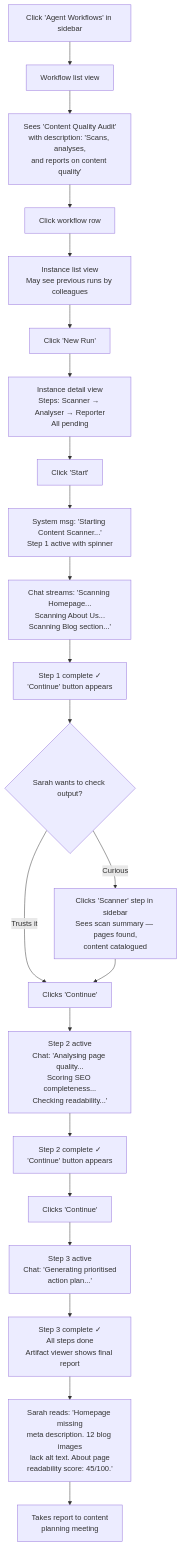
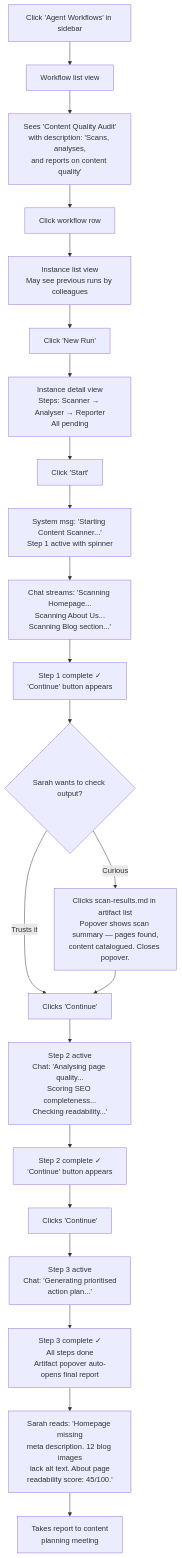
One commit to ashallcross/AgentRun changed the second of 4 diagrams in _bmad-output/planning-artifacts/ux-design-specification.md. Above: the diagram before and after it, drawn with Mermaid. The commit also changed other lines of this file and 32 other files, not shown here.

First line of the commit message:
Story 8.2: Artifact list and popover viewer with review fixes

````diff
--- a/_bmad-output/planning-artifacts/ux-design-specification.md
+++ b/_bmad-output/planning-artifacts/ux-design-specification.md
@@ -585,24 +609,24 @@
 ```mermaid
 flowchart TD
     A[Click 'Agent Workflows' in sidebar] --> B[Workflow list view]
     B --> C[Sees 'Content Quality Audit'<br/>with description: 'Scans, analyses,<br/>and reports on content quality']
     C --> D[Click workflow row]
     D --> E[Instance list view<br/>May see previous runs by colleagues]
     E --> F[Click 'New Run']
     F --> G[Instance detail view<br/>Steps: Scanner → Analyser → Reporter<br/>All pending]
     G --> H[Click 'Start']
     H --> I[System msg: 'Starting Content Scanner...'<br/>Step 1 active with spinner]
     I --> J[Chat streams: 'Scanning Homepage...<br/>Scanning About Us...<br/>Scanning Blog section...']
     J --> K[Step 1 complete ✓<br/>'Continue' button appears]
     K --> L{Sarah wants to check output?}
-    L -->|Curious| M[Clicks 'Scanner' step in sidebar<br/>Sees scan summary — pages found,<br/>content catalogued]
+    L -->|Curious| M[Clicks scan-results.md in artifact list<br/>Popover shows scan summary — pages found,<br/>content catalogued. Closes popover.]
     L -->|Trusts it| N[Clicks 'Continue']
     M --> N
     N --> O[Step 2 active<br/>Chat: 'Analysing page quality...<br/>Scoring SEO completeness...<br/>Checking readability...']
     O --> P[Step 2 complete ✓<br/>'Continue' button appears]
     P --> Q[Clicks 'Continue']
     Q --> R[Step 3 active<br/>Chat: 'Generating prioritised<br/>action plan...']
-    R --> S[Step 3 complete ✓<br/>All steps done<br/>Artifact viewer shows final report]
+    R --> S[Step 3 complete ✓<br/>All steps done<br/>Artifact popover auto-opens final report]
     S --> T["Sarah reads: 'Homepage missing<br/>meta description. 12 blog images<br/>lack alt text. About page<br/>readability score: 45/100.'"]
     T --> U["Takes report to content<br/>planning meeting"]
 ```
````
